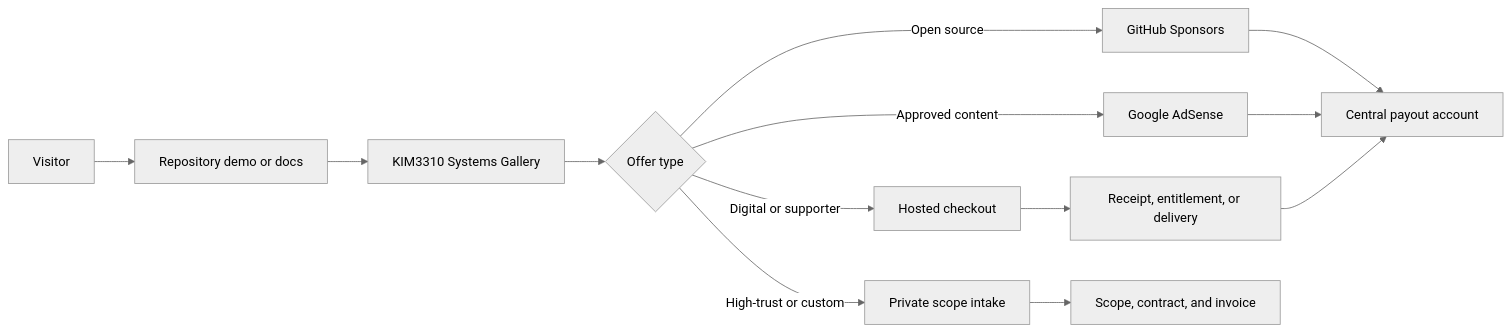
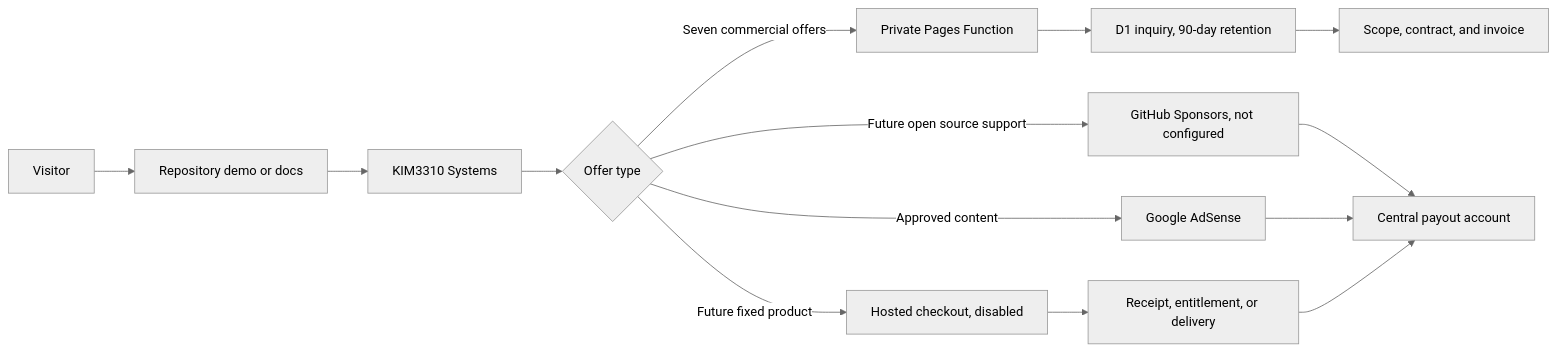
The diagram in docs/monetization-operating-system-2026-07-26.md (KIM3310/KIM3310), drawn with Mermaid (neutral theme) before and after one commit. The commit also changed other lines of this file and 12 other files, not shown here.

````diff
--- a/docs/monetization-operating-system-2026-07-26.md
+++ b/docs/monetization-operating-system-2026-07-26.md
@@ -27,15 +28,16 @@
 ```mermaid
 flowchart LR
   Visitor["Visitor"] --> Repo["Repository demo or docs"]
-  Repo --> Gateway["KIM3310 Systems Gallery"]
+  Repo --> Gateway["KIM3310 Systems"]
   Gateway --> Route{"Offer type"}
-  Route -->|Digital or supporter| Checkout["Hosted checkout"]
-  Route -->|Open source| Sponsors["GitHub Sponsors"]
-  Route -->|High-trust or custom| Intake["Private scope intake"]
+  Route -->|Seven commercial offers| Intake["Private Pages Function"]
+  Intake --> D1["D1 inquiry, 90-day retention"]
+  Route -->|Future fixed product| Checkout["Hosted checkout, disabled"]
+  Route -->|Future open source support| Sponsors["GitHub Sponsors, not configured"]
   Route -->|Approved content| Ads["Google AdSense"]
   Checkout --> Entitlement["Receipt, entitlement, or delivery"]
   Sponsors --> Payout["Central payout account"]
-  Intake --> Contract["Scope, contract, and invoice"]
+  D1 --> Contract["Scope, contract, and invoice"]
   Ads --> Payout
   Entitlement --> Payout
 ```
````
